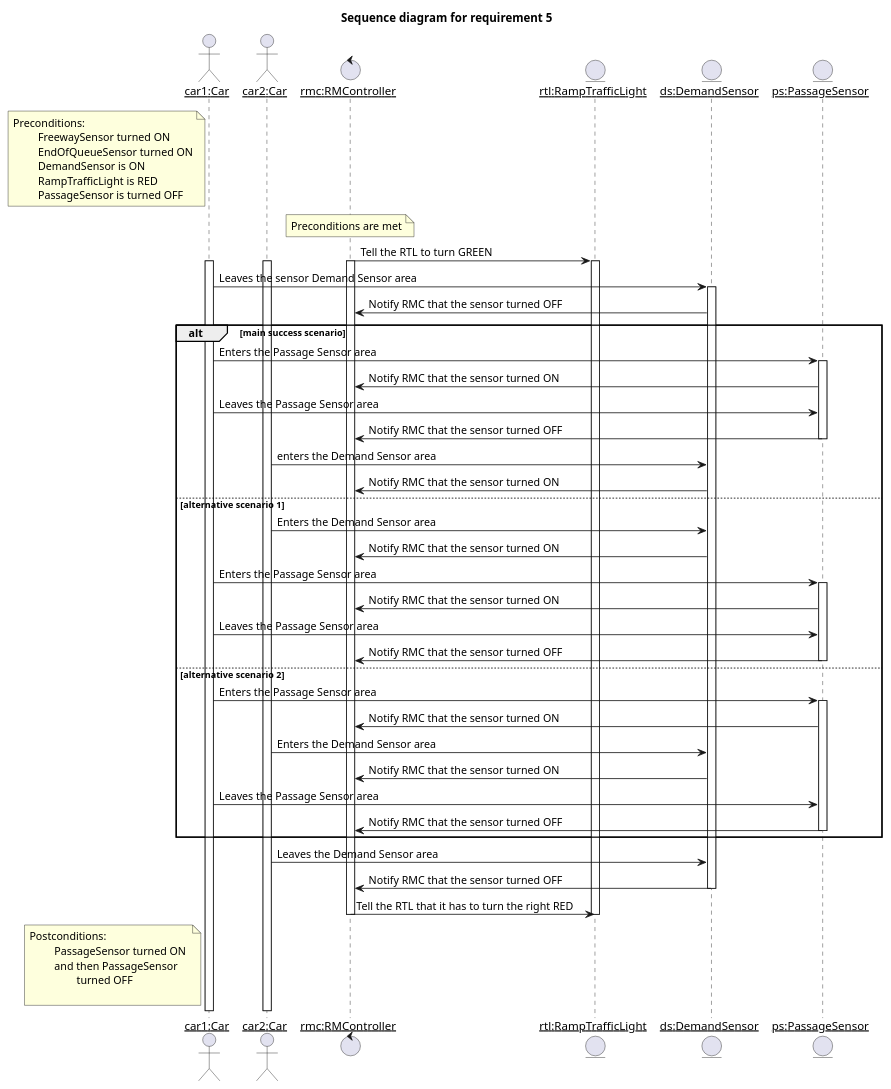
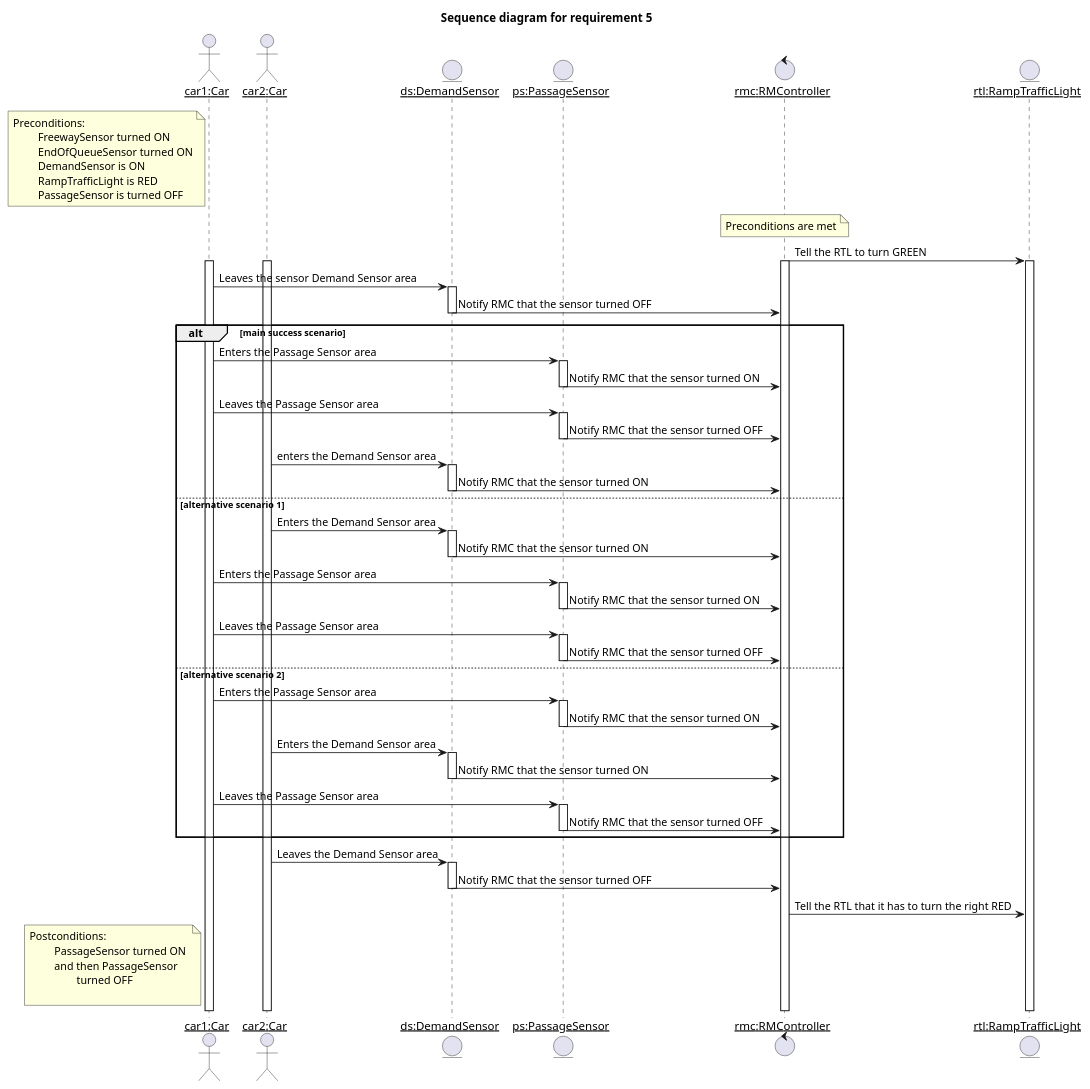
Before and after one commit to MaksimKarnaukh/MoSIS: the diagram in 01_RequirementsChecking/diagrams/sequence_diagram_req5.puml, drawn with PlantUML. The commit also changed 2 other files, not shown here.

```diff
--- a/01_RequirementsChecking/diagrams/sequence_diagram_req5.puml
+++ b/01_RequirementsChecking/diagrams/sequence_diagram_req5.puml
@@ -1,80 +1,92 @@
 @startuml
 skinparam sequenceParticipant underline
 
 '5) When the FS is ON and the QS is ON,
 'if DS is turned ON, it indicates intense traffic over the ramp.
 'In this scenario, two cars must cross the TL before it turns RED.
 'Then, set TL to GREEN. After DS is OFF, ON and OFF (two cars),
 'turn TL to RED.
 
 title "Sequence diagram for requirement 5"
 
 actor "car1:Car" as Car1
 actor "car2:Car" as Car2
 
+entity "ds:DemandSensor" as DS
+entity "ps:PassageSensor" as PS
 control "rmc:RMController" as RMC
 entity "rtl:RampTrafficLight" as RTL
-'entity "qs:EndOfQueueSensor" as QS
-entity "ds:DemandSensor" as DS
-entity "ps:PassageSensor" as PS
-
 
 note left of Car1: Preconditions:\n\t FreewaySensor turned ON\n\t EndOfQueueSensor turned ON\n\t DemandSensor is ON\n\t RampTrafficLight is RED\n\t PassageSensor is turned OFF
 
 'below commented lines not explicitly needed because they are part of the preconditions
 'FS -> RMC: on
 'QS -> RMC: on
 'DS -> RMC: on
 
 note over RMC: Preconditions are met
 RMC -> RTL: Tell the RTL to turn GREEN
 Activate RTL
 Activate Car1
 Activate Car2
 Activate RMC
 
 Car1 -> DS: Leaves the sensor Demand Sensor area
 Activate DS
 DS -> RMC: Notify RMC that the sensor turned OFF
+Deactivate DS
 
 alt main success scenario
     Car1 -> PS: Enters the Passage Sensor area
     Activate PS
     PS -> RMC: Notify RMC that the sensor turned ON
+    Deactivate PS
     Car1 -> PS: Leaves the Passage Sensor area
+    Activate PS
     PS -> RMC: Notify RMC that the sensor turned OFF
     Deactivate PS
     Car2 -> DS: enters the Demand Sensor area
+    Activate DS
     DS -> RMC: Notify RMC that the sensor turned ON
+    Deactivate DS
 else alternative scenario 1
     Car2 -> DS: Enters the Demand Sensor area
+    Activate DS
     DS -> RMC: Notify RMC that the sensor turned ON
+    Deactivate DS
     Car1 -> PS: Enters the Passage Sensor area
     Activate PS
     PS -> RMC: Notify RMC that the sensor turned ON
+    Deactivate PS
     Car1 -> PS: Leaves the Passage Sensor area
+    Activate PS
     PS -> RMC: Notify RMC that the sensor turned OFF
     Deactivate PS
 else alternative scenario 2
     Car1 -> PS: Enters the Passage Sensor area
     Activate PS
     PS -> RMC: Notify RMC that the sensor turned ON
+    Deactivate PS
     Car2 -> DS: Enters the Demand Sensor area
+    Activate DS
     DS -> RMC: Notify RMC that the sensor turned ON
+    Deactivate DS
     Car1 -> PS: Leaves the Passage Sensor area
+    Activate PS
     PS -> RMC: Notify RMC that the sensor turned OFF
     Deactivate PS
 end
 
 
 Car2 -> DS: Leaves the Demand Sensor area
+Activate DS
 DS -> RMC: Notify RMC that the sensor turned OFF
 Deactivate DS
 
 RMC -> RTL: Tell the RTL that it has to turn the right RED
-Deactivate RMC
-Deactivate RTL
+'Deactivate RMC
+'Deactivate RTL
 
 note left of Car1: Postconditions:\n\t PassageSensor turned ON \n\t and then PassageSensor \n\t\t turned OFF\n\t
 
 @enduml
```
